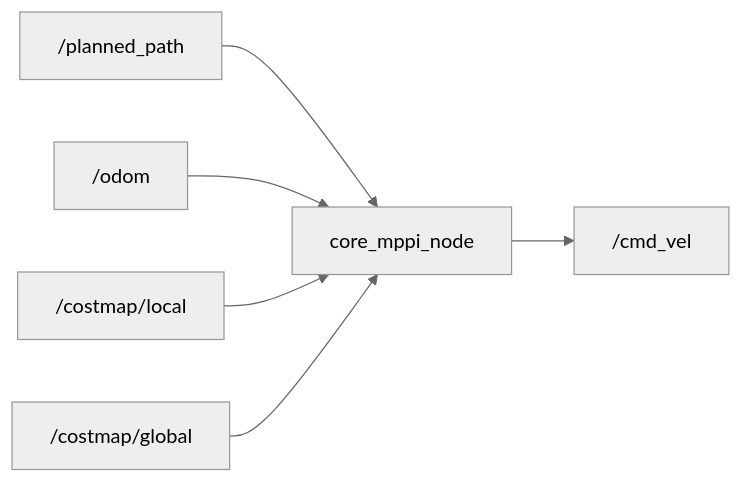
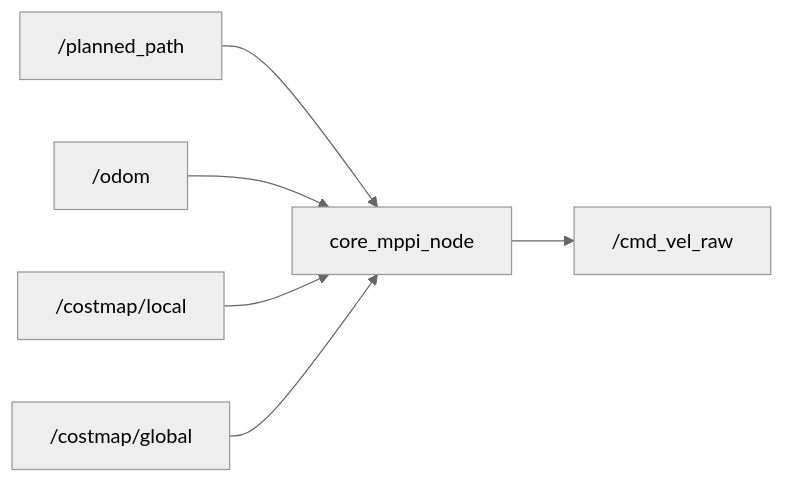
Before and after one commit to team-continue/core2026: the diagram in docs/packages/core_mppi.md, drawn with Mermaid (neutral theme). The commit also changed other lines of this file and 13 other files, not shown here.

First line of the commit message:
feat: cmd_vel EMAスムーザー追加（MPPI出力の振動抑制）

````diff
--- a/docs/packages/core_mppi.md
+++ b/docs/packages/core_mppi.md
@@ -9,8 +9,8 @@
 ```mermaid
 graph LR
     Path["/planned_path"] --> MPPI["core_mppi_node"]
     Odom["/odom"] --> MPPI
     Local["/costmap/local"] --> MPPI
     Global["/costmap/global"] --> MPPI
-    MPPI --> CmdVel["/cmd_vel"]
+    MPPI --> CmdVel["/cmd_vel_raw"]
 ```
````
